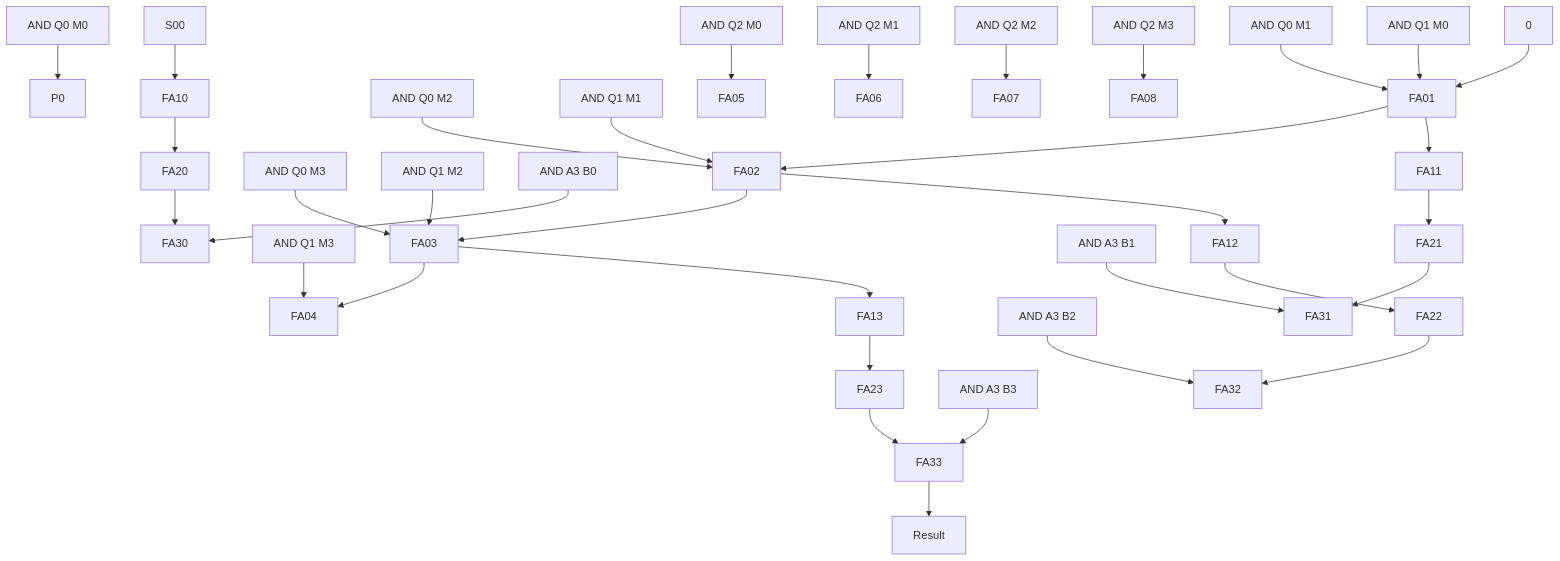
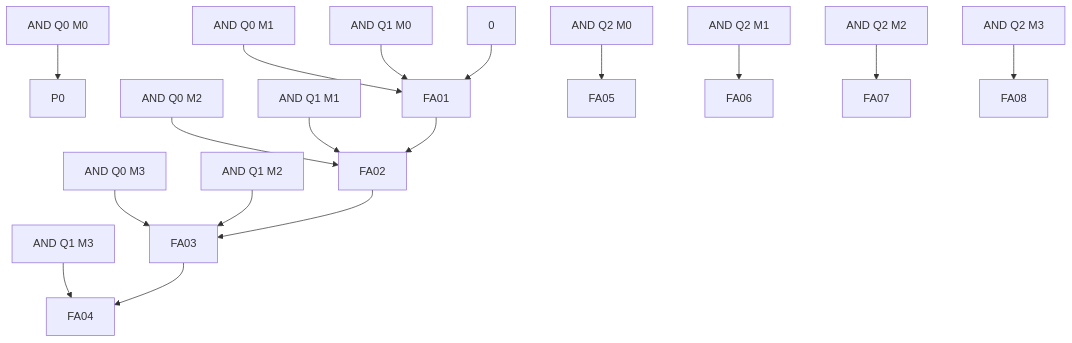
One commit to GnahsLliw/tt09-A-1-array-multiplier changed the diagram in docs/info.md. Above: the diagram before and after it, drawn with Mermaid.

````diff
--- a/docs/info.md
+++ b/docs/info.md
@@ -13,46 +13,22 @@
 ```mermaid
 graph TD
   %% Layer 1: Partial Product Generation using AND Gates
   Q0M0[AND Q0 M0] --> P0
   Q0M1[AND Q0 M1] --> FA01
   Q0M2[AND Q0 M2] --> FA02
   Q0M3[AND Q0 M3] --> FA03
 
   Q1M0[AND Q1 M0] --> FA01
   Q1M1[AND Q1 M1] --> FA02
   Q1M2[AND Q1 M2] --> FA03
   Q1M3[AND Q1 M3] --> FA04
   0 --> FA01 --> FA02 --> FA03 --> FA04
 
   Q2M0[AND Q2 M0] --> FA05
   Q2M1[AND Q2 M1] --> FA06
   Q2M2[AND Q2 M2] --> FA07
   Q2M3[AND Q2 M3] --> FA08 
 
-  A3B0[AND A3 B0] --> FA30
-  A3B1[AND A3 B1] --> FA31
-  A3B2[AND A3 B2] --> FA32
-  A3B3[AND A3 B3] --> FA33
-
-  %% Layer 2: First Row of Additions
-  S00 --> FA10
-  FA01 --> FA11
-  FA02 --> FA12
-  FA03 --> FA13
-
-  %% Layer 3: Second Row of Additions
-  FA10 --> FA20
-  FA11 --> FA21
-  FA12 --> FA22
-  FA13 --> FA23
-
-  %% Layer 4: Third Row of Additions
-  FA20 --> FA30
-  FA21 --> FA31
-  FA22 --> FA32
-  FA23 --> FA33
-
-  %% Output Connections
-  FA33 --> Result
+  
 
 ```
````
